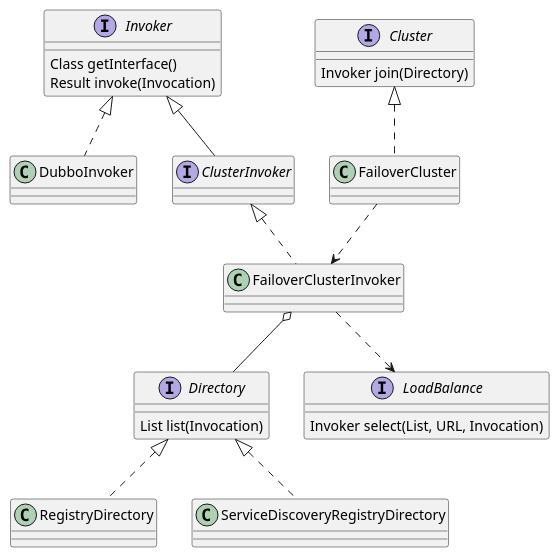
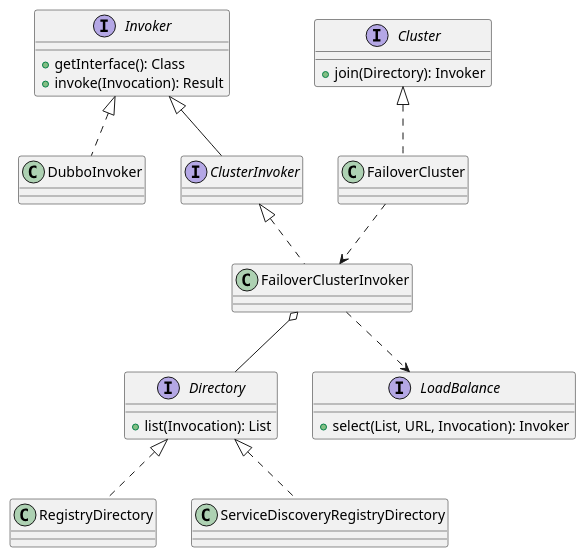
One commit to kevinwang930/kevinwang930.github.io changed the third of 15 diagrams in content/post/network/dubbo/index.md. Above: the diagram before and after it, drawn with PlantUML. The commit also changed other lines of this file, not shown here.

````diff
--- a/content/post/network/dubbo/index.md
+++ b/content/post/network/dubbo/index.md
@@ -548,33 +546,32 @@
 ```plantuml
 @startuml
 top to bottom direction
-skinparam classAttributeIconSize 0
 
 interface Invoker {
-  Class getInterface()
-  Result invoke(Invocation)
+  + getInterface(): Class
+  + invoke(Invocation): Result
 }
 class DubboInvoker implements Invoker
 interface ClusterInvoker extends Invoker
 class FailoverClusterInvoker implements ClusterInvoker
 
 interface Directory {
-  List list(Invocation)
+  + list(Invocation): List
 }
 class RegistryDirectory implements Directory
 class ServiceDiscoveryRegistryDirectory implements Directory
 
 interface Cluster {
-  Invoker join(Directory)
+  + join(Directory): Invoker
 }
 class FailoverCluster implements Cluster
 
 interface LoadBalance {
-  Invoker select(List, URL, Invocation)
+  + select(List, URL, Invocation): Invoker
 }
 
 FailoverCluster ..> FailoverClusterInvoker
 FailoverClusterInvoker o-- Directory
 FailoverClusterInvoker ..> LoadBalance
 @enduml
 ```
````
